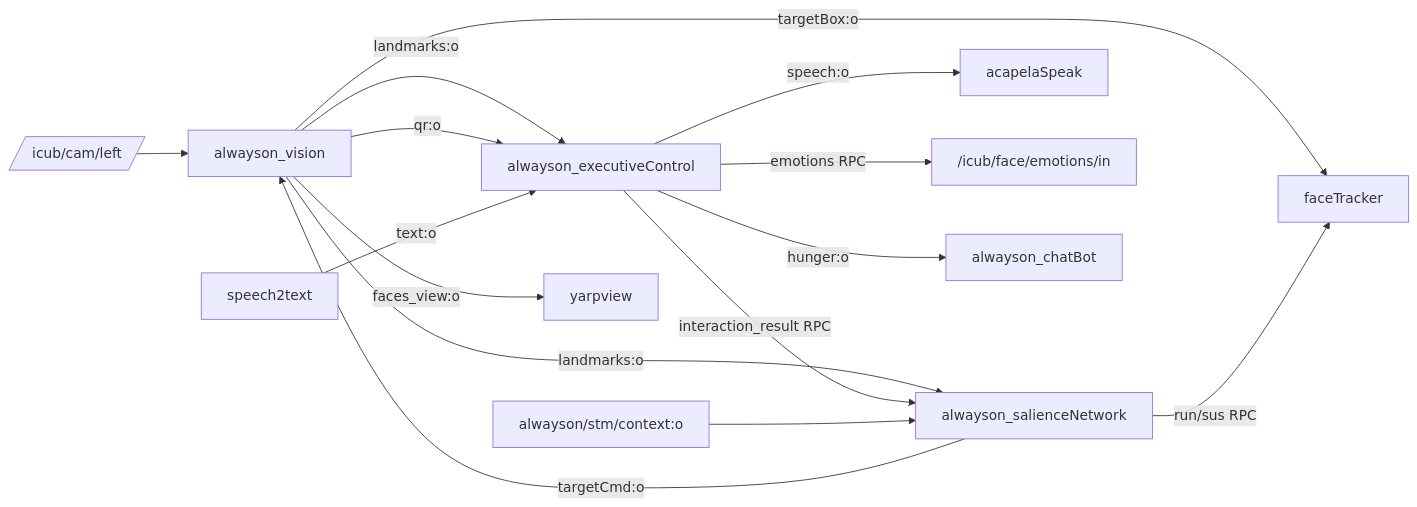
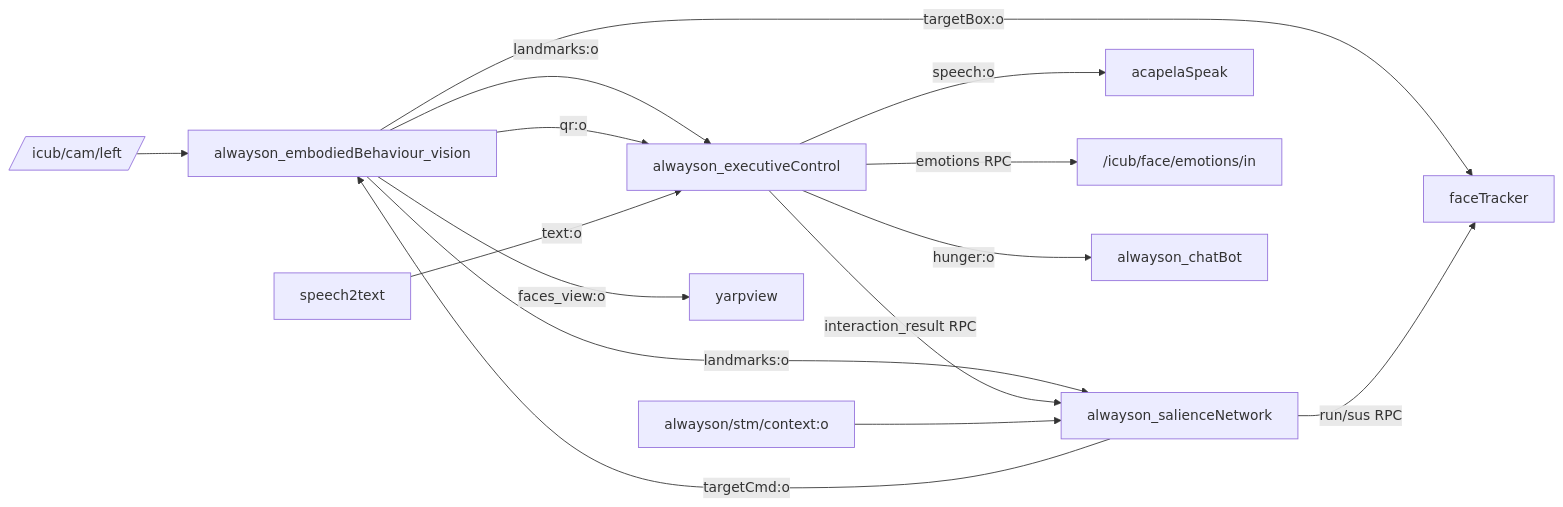
Before and after one commit to nimaabaeian/social-robot-embodied-behaviour-architecture: the diagram in README.md, drawn with Mermaid. The commit also changed other lines of this file and 5 other files, not shown here.

````diff
--- a/README.md
+++ b/README.md
@@ -73,17 +73,17 @@
 ```mermaid
 flowchart LR
-  cam[/icub/cam/left/] --> V[alwayson_vision]
+  cam[/icub/cam/left/] --> V[alwayson_embodiedBehaviour_vision]
   V -->|landmarks:o| S[alwayson_salienceNetwork]
   V -->|landmarks:o| E[alwayson_executiveControl]
   V -->|qr:o| E
   S -->|targetCmd:o| V
   V -->|targetBox:o| FT[faceTracker]
   S -->|run/sus RPC| FT
   STT[speech2text] -->|text:o| E
   E -->|speech:o| TTS[acapelaSpeak]
   E -->|interaction_result RPC| S
   E -->|emotions RPC| ICUB["/icub/face/emotions/in"]
   STM[alwayson/stm/context:o] --> S
   E -->|hunger:o| C[alwayson_chatBot]
   V -->|faces_view:o| YV[yarpview]
 ```
````
